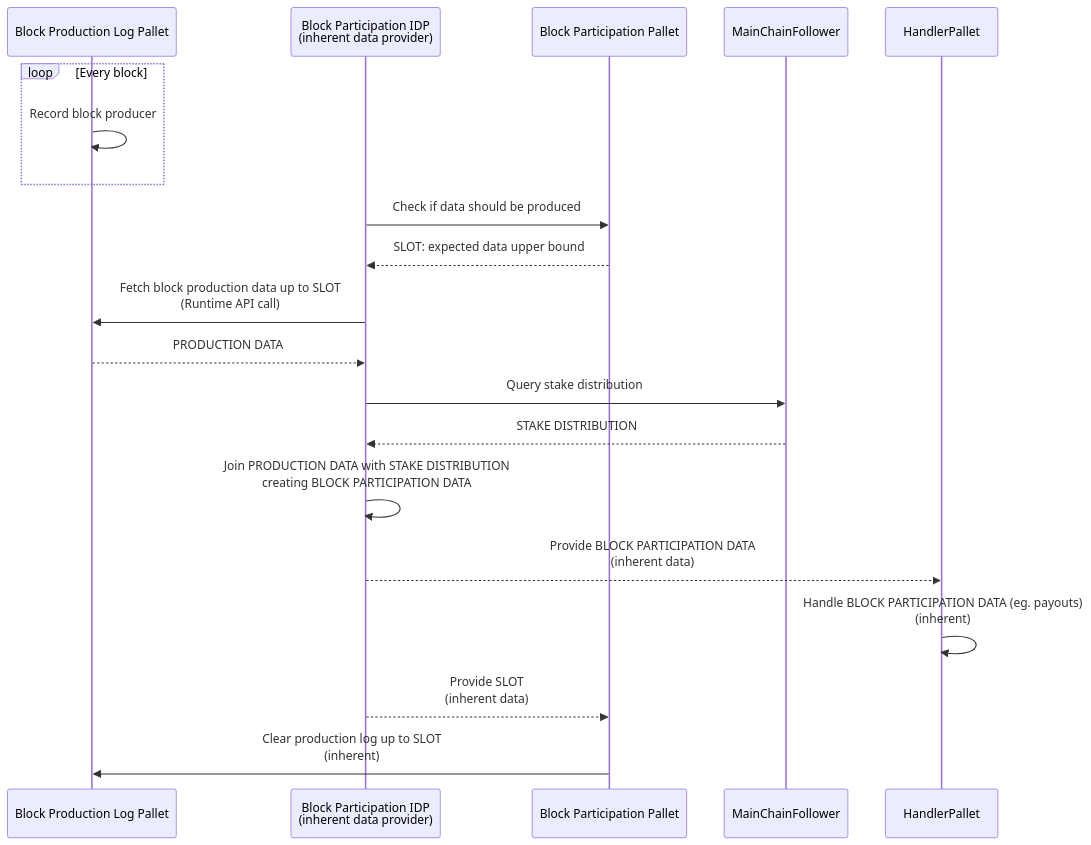
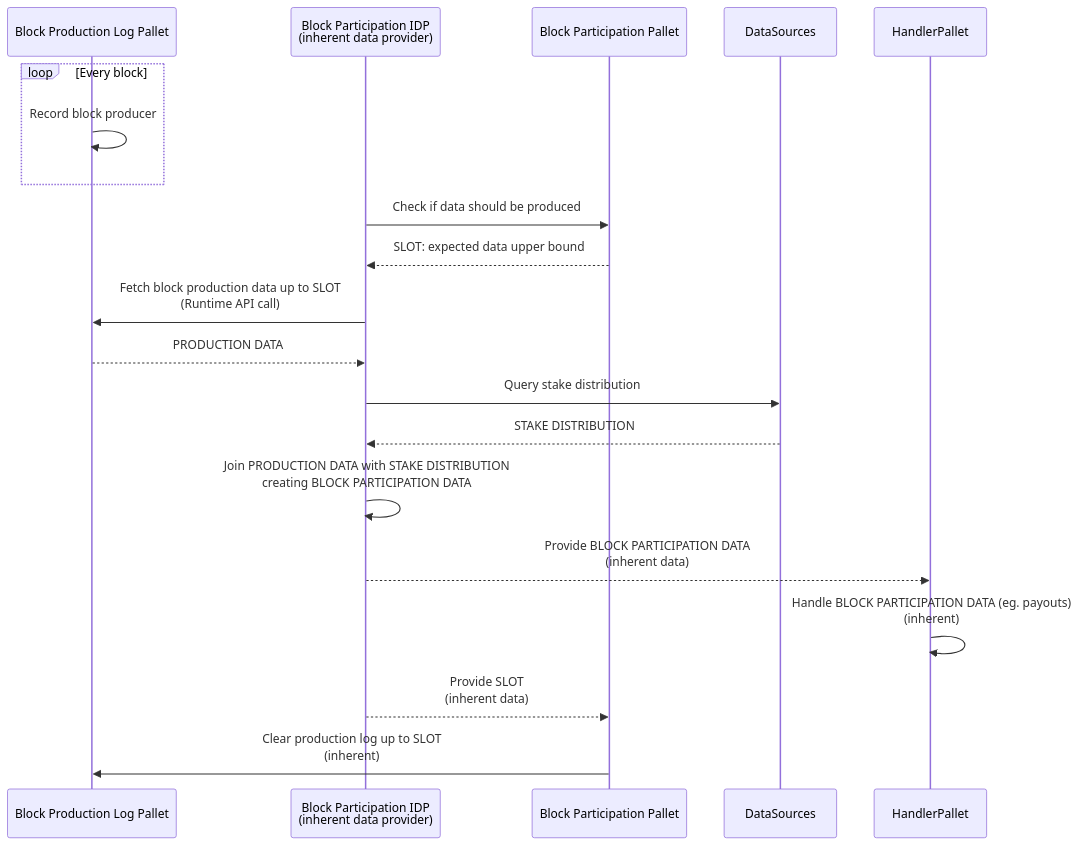
Before and after one commit to input-output-hk/partner-chains: the diagram in toolkit/block-participation/primitives/README.md, drawn with Mermaid. The commit also changed 2 other files, not shown here.

Commit message:
renames in docs

````diff
--- a/toolkit/block-participation/primitives/README.md
+++ b/toolkit/block-participation/primitives/README.md
@@ -31,21 +31,21 @@
 ``` mermaid
 sequenceDiagram
 	participant ProductionLog as Block Production Log Pallet
 	participant BlockParticipationIDP as Block Participation IDP<br>(inherent data provider)
 	participant BlockParticipationPallet as Block Participation Pallet
 
 	loop Every block
 		ProductionLog ->> ProductionLog: Record block producer
 	end
 	BlockParticipationIDP ->> BlockParticipationPallet: Check if data should be produced
 	BlockParticipationPallet -->> BlockParticipationIDP: SLOT: expected data upper bound
 	BlockParticipationIDP ->> ProductionLog: Fetch block production data up to SLOT<br>(Runtime API call)
 	ProductionLog -->> BlockParticipationIDP: PRODUCTION DATA
-	BlockParticipationIDP ->> MainChainFollower: Query stake distribution
-	MainChainFollower -->> BlockParticipationIDP: STAKE DISTRIBUTION
+	BlockParticipationIDP ->> DataSources: Query stake distribution
+	DataSources -->> BlockParticipationIDP: STAKE DISTRIBUTION
 	BlockParticipationIDP ->> BlockParticipationIDP: Join PRODUCTION DATA with STAKE DISTRIBUTION<br>creating BLOCK PARTICIPATION DATA
 	BlockParticipationIDP -->> HandlerPallet: Provide BLOCK PARTICIPATION DATA<br>(inherent data)
 	HandlerPallet ->> HandlerPallet: Handle BLOCK PARTICIPATION DATA (eg. payouts)<br>(inherent)
 	BlockParticipationIDP -->> BlockParticipationPallet: Provide SLOT<br>(inherent data)
 	BlockParticipationPallet ->> ProductionLog: Clear production log up to SLOT<br>(inherent)
 ```
````
